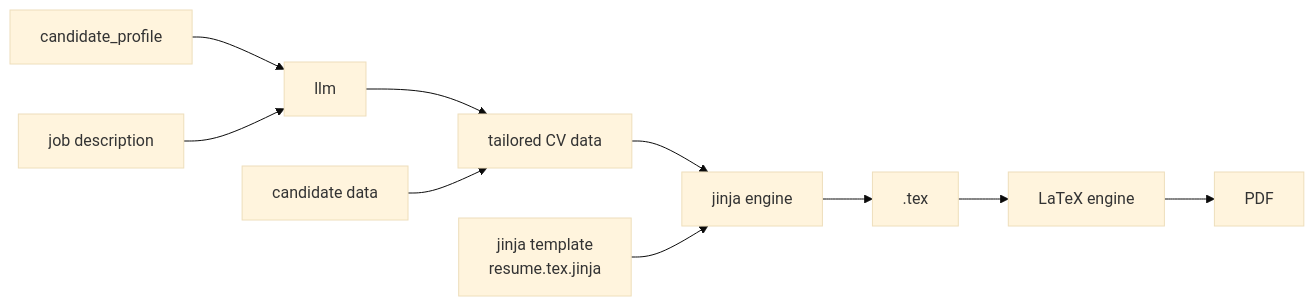
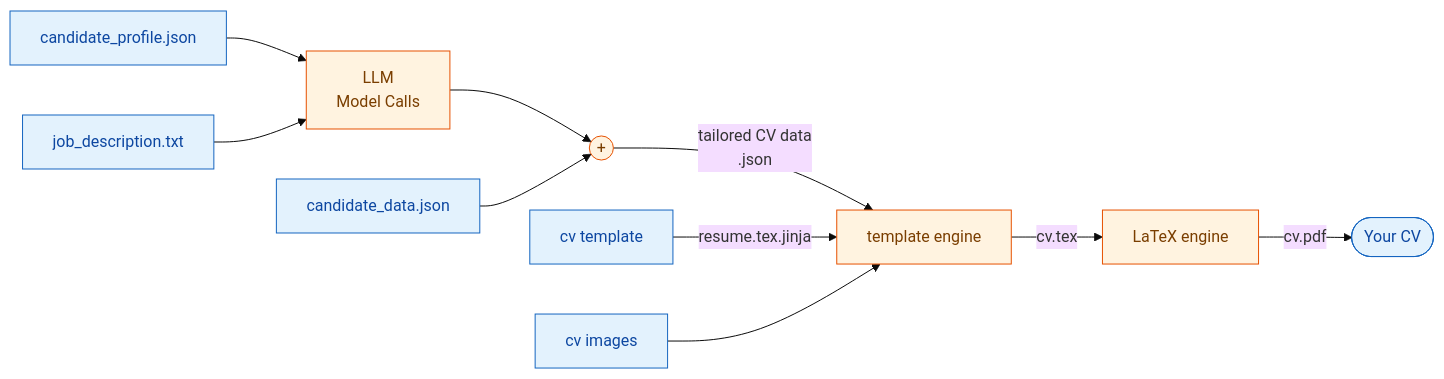
One commit to gcontini/resumix changed the diagram in README.md. Above: the diagram before and after it, drawn with Mermaid (base theme). The commit also changed other lines of this file and 14 other files, not shown here.

````diff
--- a/README.md
+++ b/README.md
@@ -70,12 +74,17 @@
 ```mermaid
 flowchart LR
-    CP["candidate_profile"] --> LLM["llm"]
-    JD["job description"] --> LLM
-    LLM --> DOC["tailored CV data"]
-    CD["candidate data"] --> DOC
-    DOC --> JE["jinja engine"]
-    TPL["jinja template<br/>resume.tex.jinja"] --> JE
-    JE --> TEX[".tex"]
-    TEX --> LATEX["LaTeX engine"]
-    LATEX --> PDF["PDF"]
+    CP["candidate_profile.json"] --> LLM["LLM<br/>Model Calls"]
+    JD["job_description.txt"] --> LLM
+    LLM --> DOC(("+"))
+    CD["candidate_data.json"] --> DOC
+    DOC -->|"tailored CV data<br/>.json"| JE["template engine"]
+    TPL["cv template"] -->|resume.tex.jinja| JE
+    RES["cv images"] --> JE
+    JE -->|"cv.tex"| LATEX["LaTeX engine"]
+    LATEX -->|"cv.pdf"| PDF(["Your CV"])
+
+    classDef data fill:#E3F2FD,stroke:#1565C0,color:#0D47A1;
+    classDef code fill:#FFF3E0,stroke:#E65100,color:#7A3E00;
+    class CP,JD,CD,TPL,PDF,RES data;
+    class LLM,JE,LATEX,DOC code;
 ```
````
